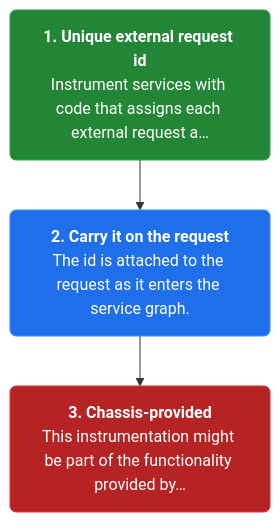
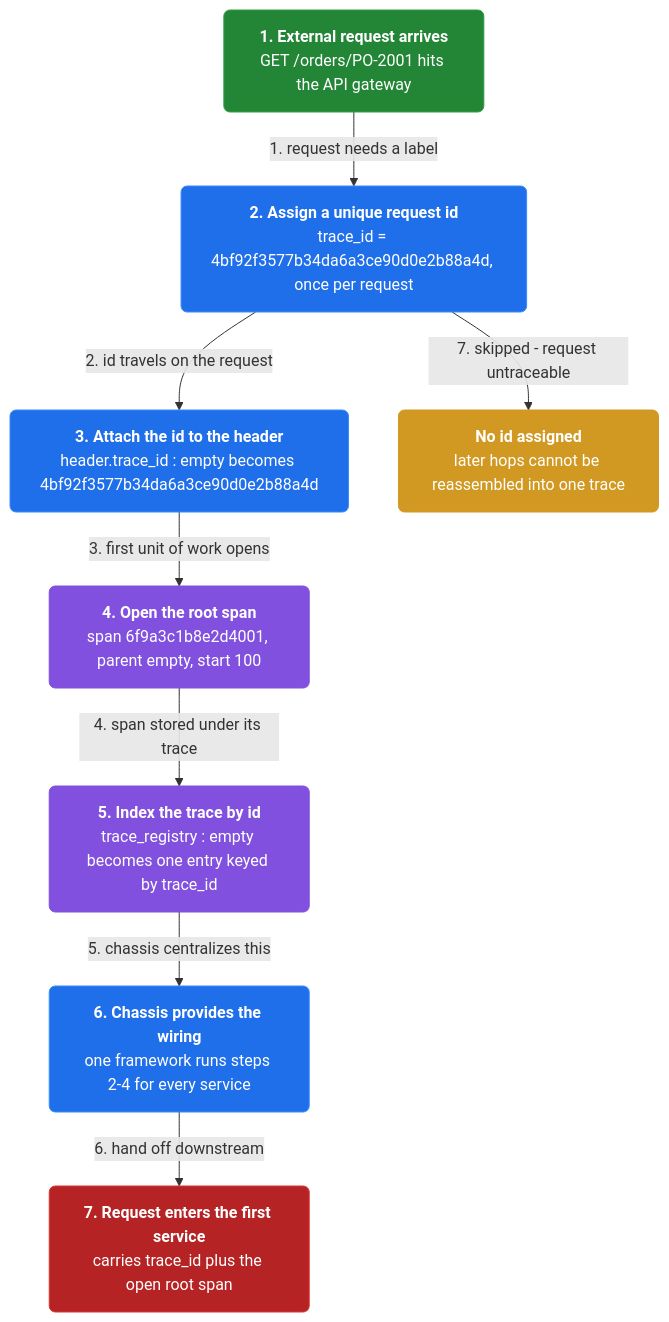
One commit to vinayakuber/microservices-io-study-guide changed the first of 4 diagrams in docs/ch33-distributed-tracing.md. Above: the diagram before and after it, drawn with Mermaid. The commit also changed other lines of this file and 46 other files, not shown here.

First line of the commit message:
Author rich branching flow diagrams for all 44 chapters

````diff
--- a/docs/ch33-distributed-tracing.md
+++ b/docs/ch33-distributed-tracing.md
@@ -13,11 +13,23 @@
 ```mermaid
 flowchart TD
-  classDef step fill:#1f6feb,color:#ffffff,stroke:#388bfd,stroke-width:1px,rx:6
+  classDef step fill:#1f6feb,color:#ffffff,stroke:#388bfd,rx:6
+  classDef core fill:#8250df,color:#ffffff,stroke:#8250df,rx:6
+  classDef warn fill:#d29922,color:#ffffff,stroke:#d29922,rx:6
   classDef start fill:#238636,color:#ffffff,stroke:#2ea043,rx:6
   classDef stop fill:#b62324,color:#ffffff,stroke:#da3633,rx:6
-  s0n0["<b>1. Unique external request id</b><br/>Instrument services with code that assigns each external request a…"]:::start
-  s0n1["<b>2. Carry it on the request</b><br/>The id is attached to the request as it enters the service graph."]:::step
-  s0n2["<b>3. Chassis-provided</b><br/>This instrumentation might be part of the functionality provided by…"]:::stop
-  s0n0 --> s0n1
-  s0n1 --> s0n2
+  n0["<b>1. External request arrives</b><br/>GET /orders/PO-2001 hits the API gateway"]:::start
+  n1["<b>2. Assign a unique request id</b><br/>trace_id = 4bf92f3577b34da6a3ce90d0e2b88a4d, once per request"]:::step
+  n2["<b>3. Attach the id to the header</b><br/>header.trace_id : empty becomes 4bf92f3577b34da6a3ce90d0e2b88a4d"]:::step
+  n3["<b>4. Open the root span</b><br/>span 6f9a3c1b8e2d4001, parent empty, start 100"]:::core
+  n4["<b>5. Index the trace by id</b><br/>trace_registry : empty becomes one entry keyed by trace_id"]:::core
+  n5["<b>6. Chassis provides the wiring</b><br/>one framework runs steps 2-4 for every service"]:::step
+  n6["<b>7. Request enters the first service</b><br/>carries trace_id plus the open root span"]:::stop
+  n7["<b>No id assigned</b><br/>later hops cannot be reassembled into one trace"]:::warn
+  n0 -->|"1. request needs a label"| n1
+  n1 -->|"2. id travels on the request"| n2
+  n2 -->|"3. first unit of work opens"| n3
+  n3 -->|"4. span stored under its trace"| n4
+  n4 -->|"5. chassis centralizes this"| n5
+  n5 -->|"6. hand off downstream"| n6
+  n1 -->|"7. skipped - request untraceable"| n7
 ```
````
